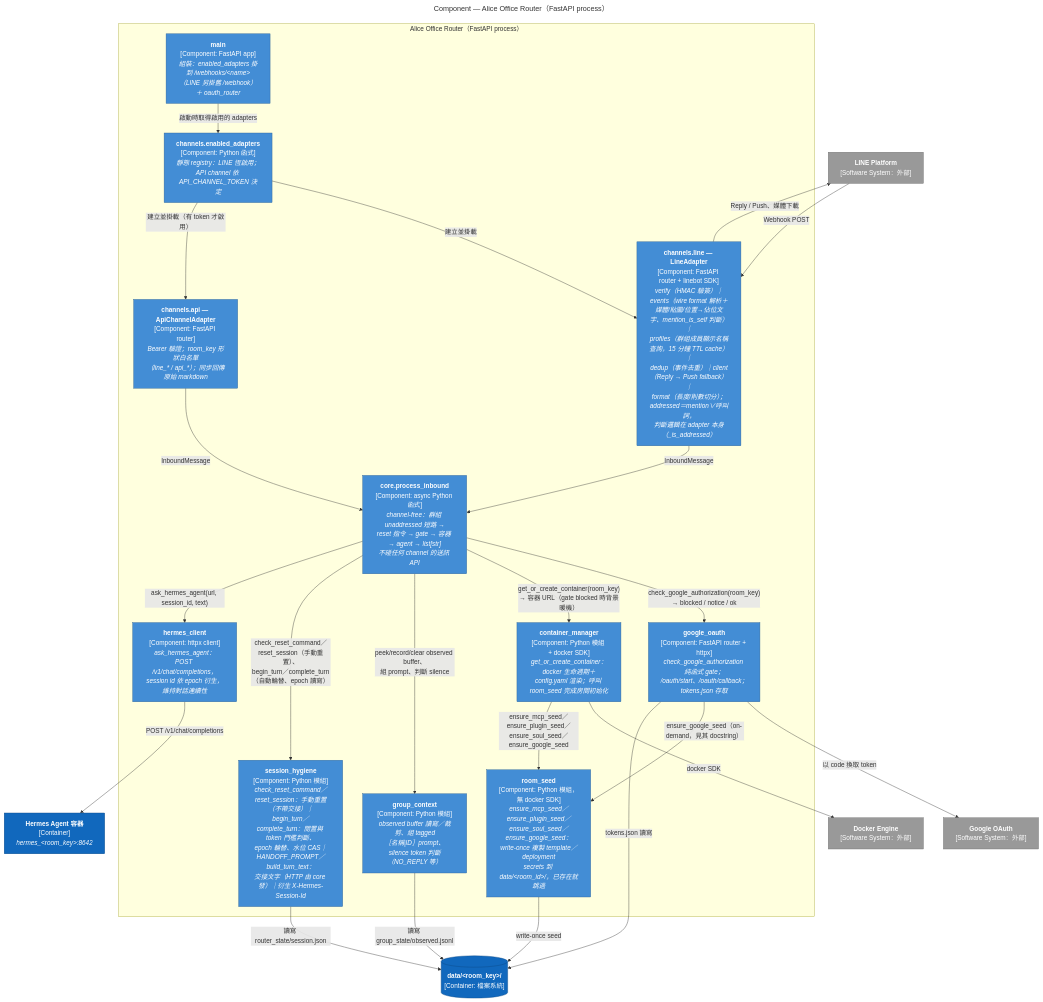
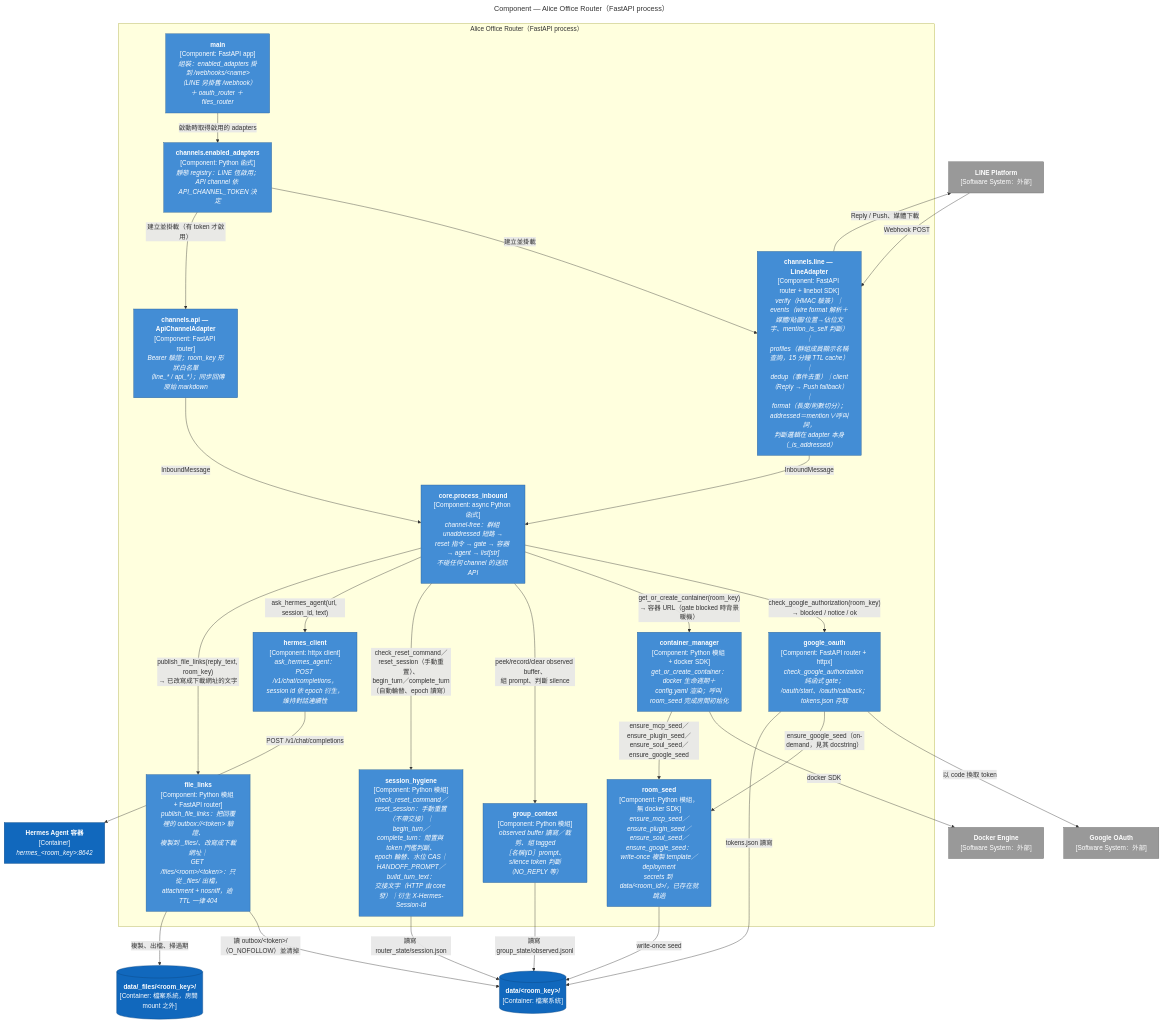
Before and after one commit to marychouchou/alice-office: the third of 4 diagrams in docs/architecture-c4.md, drawn with Mermaid. The commit also changed other lines of this file and 6 other files, not shown here.

````diff
--- a/docs/architecture-c4.md
+++ b/docs/architecture-c4.md
@@ -156,51 +159,56 @@
 ```mermaid
 ---
 title: "Component — Alice Office Router（FastAPI process）"
 ---
 flowchart TB
   classDef comp fill:#438dd5,color:#fff,stroke:#2e6295
   classDef ext fill:#999999,color:#fff,stroke:#6b6b6b
   classDef container fill:#1168bd,color:#fff,stroke:#0b4884
 
   line["<b>LINE Platform</b><br/>[Software System：外部]"]:::ext
   google["<b>Google OAuth</b><br/>[Software System：外部]"]:::ext
   docker["<b>Docker Engine</b><br/>[Software System：外部]"]:::ext
   hermes["<b>Hermes Agent 容器</b><br/>[Container]<br/><i>hermes_&lt;room_key&gt;:8642</i>"]:::container
   roomdata[("<b>data/&lt;room_key&gt;/</b><br/>[Container: 檔案系統]")]:::container
+  pubfiles[("<b>data/_files/&lt;room_key&gt;/</b><br/>[Container: 檔案系統，房間 mount 之外]")]:::container
 
   subgraph router["Alice Office Router（FastAPI process）"]
-    main["<b>main</b><br/>[Component: FastAPI app]<br/><i>組裝：enabled_adapters 掛到 /webhooks/&lt;name&gt;<br/>（LINE 另掛舊 /webhook）＋ oauth_router</i>"]:::comp
+    main["<b>main</b><br/>[Component: FastAPI app]<br/><i>組裝：enabled_adapters 掛到 /webhooks/&lt;name&gt;<br/>（LINE 另掛舊 /webhook）＋ oauth_router ＋ files_router</i>"]:::comp
     registry["<b>channels.enabled_adapters</b><br/>[Component: Python 函式]<br/><i>靜態 registry：LINE 恆啟用；<br/>API channel 依 API_CHANNEL_TOKEN 決定</i>"]:::comp
     line_adapter["<b>channels.line — LineAdapter</b><br/>[Component: FastAPI router + linebot SDK]<br/><i>verify（HMAC 驗簽）｜events（wire format 解析＋<br/>媒體/貼圖/位置→佔位文字、mention_is_self 判斷）｜<br/>profiles（群組成員顯示名稱查詢，15 分鐘 TTL cache）｜<br/>dedup（事件去重）｜client（Reply → Push fallback）｜<br/>format（長度/則數切分）；addressed＝mention∨呼叫詞，<br/>判斷邏輯在 adapter 本身（_is_addressed）</i>"]:::comp
     api_adapter["<b>channels.api — ApiChannelAdapter</b><br/>[Component: FastAPI router]<br/><i>Bearer 驗證；room_key 形狀白名單<br/>（line_* / api_*）；同步回傳原始 markdown</i>"]:::comp
     core["<b>core.process_inbound</b><br/>[Component: async Python 函式]<br/><i>channel-free：群組 unaddressed 短路 →<br/>reset 指令 → gate → 容器 → agent → list[str]<br/>不碰任何 channel 的送訊 API</i>"]:::comp
     group_ctx["<b>group_context</b><br/>[Component: Python 模組]<br/><i>observed buffer 讀寫／裁剪、組 tagged<br/>［名稱|ID］prompt、silence token 判斷（NO_REPLY 等）</i>"]:::comp
     sess_hyg["<b>session_hygiene</b><br/>[Component: Python 模組]<br/><i>check_reset_command／reset_session：手動重置（不帶交接）｜<br/>begin_turn／complete_turn：閒置與 token 門檻判斷、<br/>epoch 輪替、水位 CAS｜HANDOFF_PROMPT／build_turn_text：<br/>交接文字（HTTP 由 core 發）｜衍生 X-Hermes-Session-Id</i>"]:::comp
     oauth["<b>google_oauth</b><br/>[Component: FastAPI router + httpx]<br/><i>check_google_authorization 純函式 gate；<br/>/oauth/start、/oauth/callback；tokens.json 存取</i>"]:::comp
     cm["<b>container_manager</b><br/>[Component: Python 模組 + docker SDK]<br/><i>get_or_create_container：docker 生命週期＋<br/>config.yaml 渲染；呼叫 room_seed 完成房間初始化</i>"]:::comp
     room_seed["<b>room_seed</b><br/>[Component: Python 模組，無 docker SDK]<br/><i>ensure_mcp_seed／ensure_plugin_seed／ensure_soul_seed／<br/>ensure_google_seed：write-once 複製 template／deployment<br/>secrets 到 data/&lt;room_id&gt;/，已存在就跳過</i>"]:::comp
     hc["<b>hermes_client</b><br/>[Component: httpx client]<br/><i>ask_hermes_agent：POST /v1/chat/completions，<br/>session id 依 epoch 衍生，維持對話連續性</i>"]:::comp
+    flinks["<b>file_links</b><br/>[Component: Python 模組 + FastAPI router]<br/><i>publish_file_links：把回覆裡的 outbox://&lt;token&gt; 驗證、<br/>複製到 _files/、改寫成下載網址｜<br/>GET /files/&lt;room&gt;/&lt;token&gt;：只從 _files/ 出檔，<br/>attachment + nosniff，逾 TTL 一律 404</i>"]:::comp
   end
 
   main -- "啟動時取得啟用的 adapters" --> registry
   registry -- "建立並掛載" --> line_adapter
   registry -- "建立並掛載（有 token 才啟用）" --> api_adapter
   line -- "Webhook POST" --> line_adapter
   line_adapter -- "Reply / Push、媒體下載" --> line
   line_adapter -- "InboundMessage" --> core
   api_adapter -- "InboundMessage" --> core
   core -- "check_google_authorization(room_key)<br/>→ blocked / notice / ok" --> oauth
   core -- "get_or_create_container(room_key)<br/>→ 容器 URL（gate blocked 時背景暖機）" --> cm
   core -- "peek/record/clear observed buffer、<br/>組 prompt、判斷 silence" --> group_ctx
   core -- "check_reset_command／reset_session（手動重置）、<br/>begin_turn／complete_turn（自動輪替、epoch 讀寫）" --> sess_hyg
   core -- "ask_hermes_agent(url, session_id, text)" --> hc
+  core -- "publish_file_links(reply_text, room_key)<br/>→ 已改寫成下載網址的文字" --> flinks
+  flinks -- "讀 outbox/&lt;token&gt;/（O_NOFOLLOW）並清掉" --> roomdata
+  flinks -- "複製、出檔、掃過期" --> pubfiles
   cm -- "docker SDK" --> docker
   cm -- "ensure_mcp_seed／ensure_plugin_seed／<br/>ensure_soul_seed／ensure_google_seed" --> room_seed
   room_seed -- "write-once seed" --> roomdata
   group_ctx -- "讀寫 group_state/observed.jsonl" --> roomdata
   sess_hyg -- "讀寫 router_state/session.json" --> roomdata
   oauth -- "以 code 換取 token" --> google
   oauth -- "ensure_google_seed（on-demand，見其 docstring）" --> room_seed
   oauth -- "tokens.json 讀寫" --> roomdata
   hc -- "POST /v1/chat/completions" --> hermes
 ```
````
